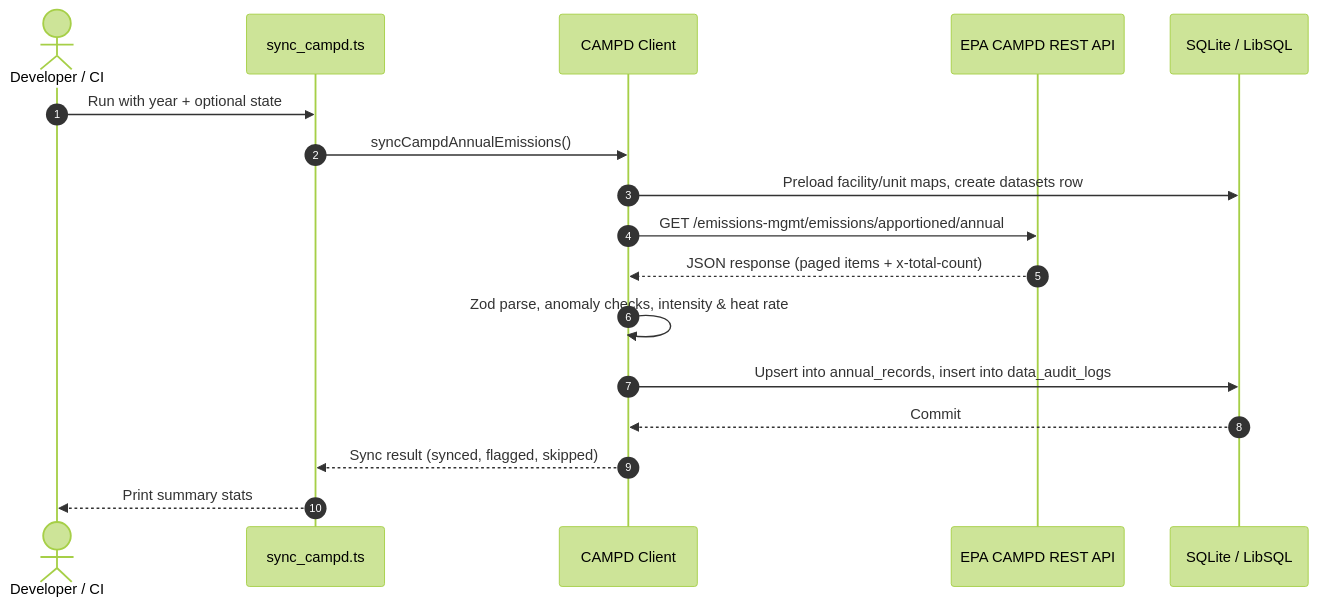
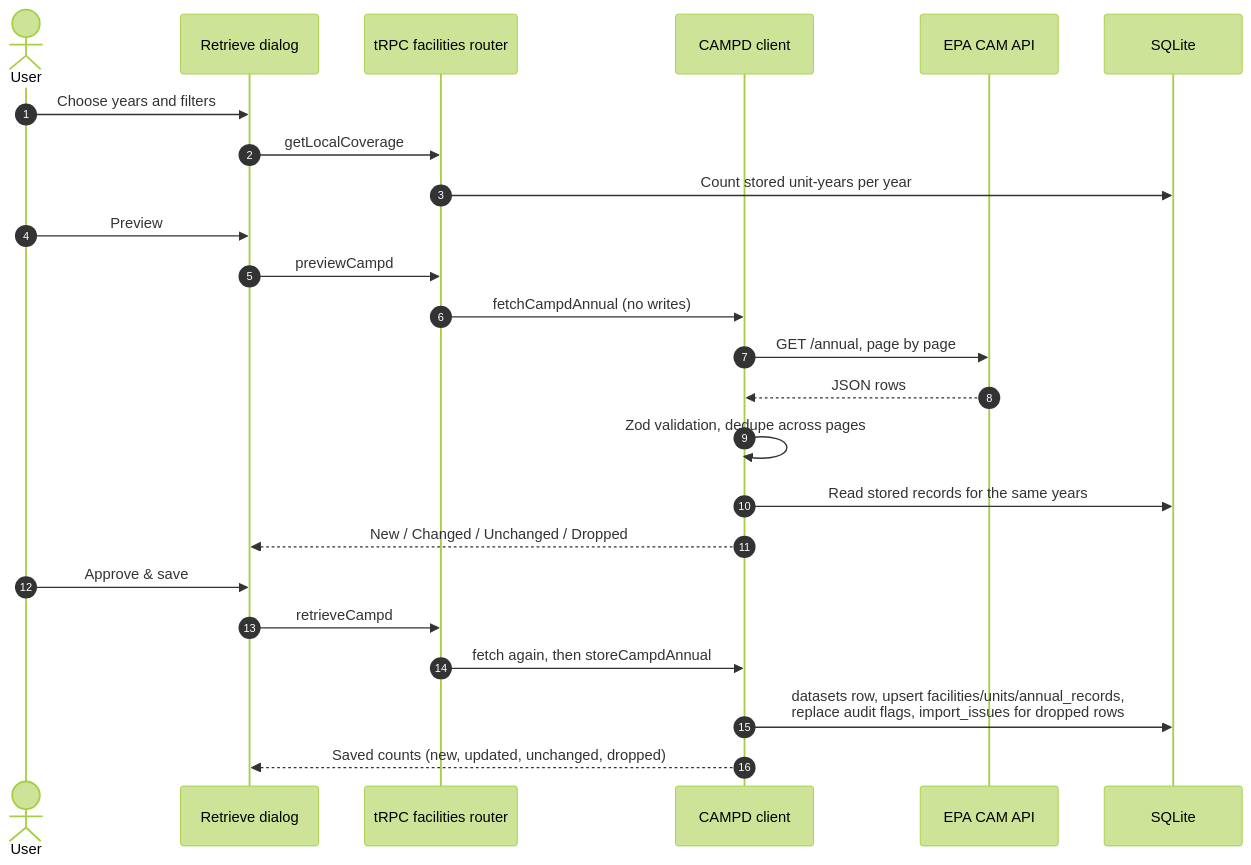
The fourth of 4 diagrams in DATABASE_BREAKDOWN.md (raajbanga/cs396-project), drawn with Mermaid (forest theme) before and after one commit. The commit also changed other lines of this file and 26 other files, not shown here.

````diff
--- a/DATABASE_BREAKDOWN.md
+++ b/DATABASE_BREAKDOWN.md
@@ -471,20 +493,27 @@
 ```mermaid
 sequenceDiagram
     autonumber
-    actor Dev as Developer / CI
-    participant Script as sync_campd.ts
-    participant Client as CAMPD Client
-    participant EPA as EPA CAMPD REST API
-    participant DB as SQLite / LibSQL
+    actor User
+    participant Dialog as Retrieve dialog
+    participant Router as tRPC facilities router
+    participant Client as CAMPD client
+    participant EPA as EPA CAM API
+    participant DB as SQLite
 
-    Dev->>Script: Run with year + optional state
-    Script->>Client: syncCampdAnnualEmissions()
-    Client->>DB: Preload facility/unit maps, create datasets row
-    Client->>EPA: GET /emissions-mgmt/emissions/apportioned/annual
-    EPA-->>Client: JSON response (paged items + x-total-count)
-    Client->>Client: Zod parse, anomaly checks, intensity & heat rate
-    Client->>DB: Upsert into annual_records, insert into data_audit_logs
-    DB-->>Client: Commit
-    Client-->>Script: Sync result (synced, flagged, skipped)
-    Script-->>Dev: Print summary stats
+    User->>Dialog: Choose years and filters
+    Dialog->>Router: getLocalCoverage
+    Router->>DB: Count stored unit-years per year
+    User->>Dialog: Preview
+    Dialog->>Router: previewCampd
+    Router->>Client: fetchCampdAnnual (no writes)
+    Client->>EPA: GET /annual, page by page
+    EPA-->>Client: JSON rows
+    Client->>Client: Zod validation, dedupe across pages
+    Client->>DB: Read stored records for the same years
+    Client-->>Dialog: New / Changed / Unchanged / Dropped
+    User->>Dialog: Approve & save
+    Dialog->>Router: retrieveCampd
+    Router->>Client: fetch again, then storeCampdAnnual
+    Client->>DB: datasets row, upsert facilities/units/annual_records,<br/>replace audit flags, import_issues for dropped rows
+    Client-->>Dialog: Saved counts (new, updated, unchanged, dropped)
 ```
````
